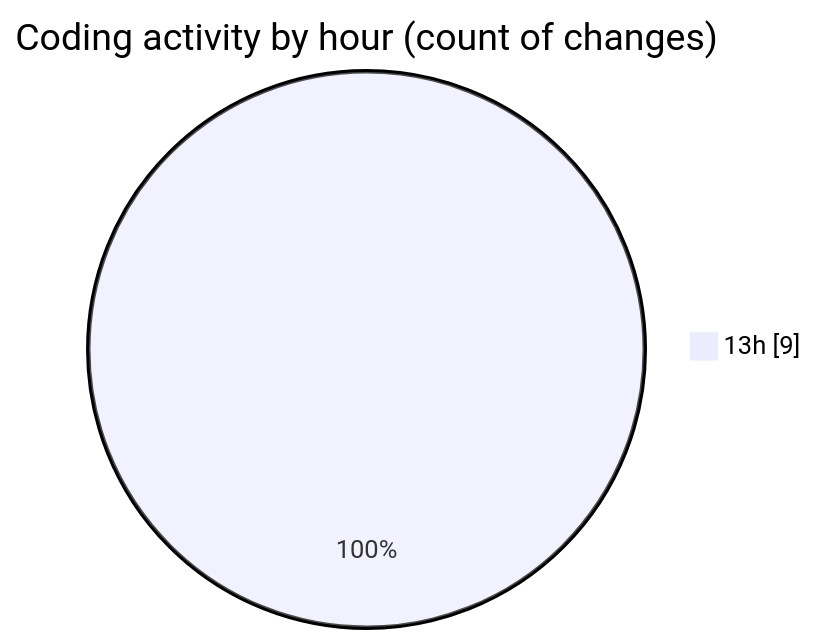
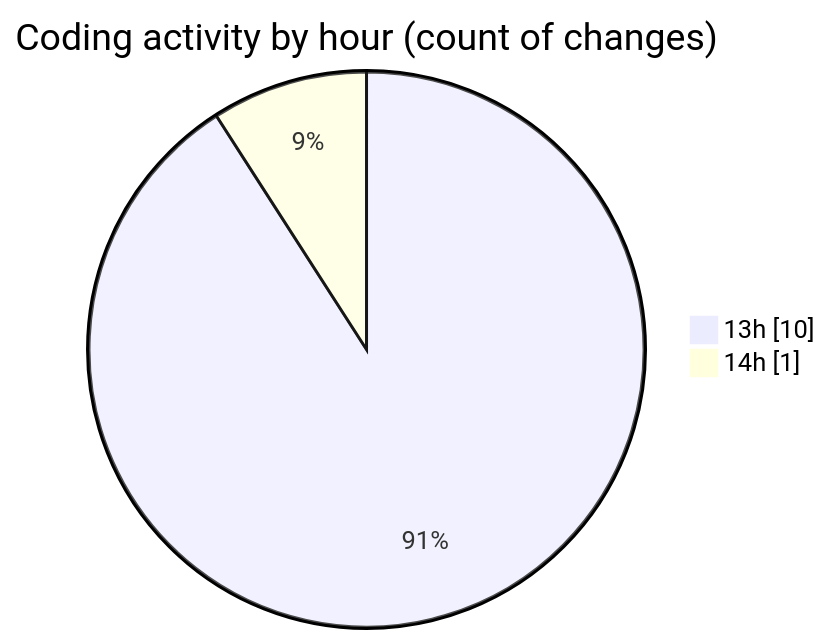
The second of 2 diagrams in 2025-10-24/usr_aleoudev_fr__workspace_/README.md (julien-gomy/code-tracking), drawn with Mermaid before and after one commit. The commit also changed other lines of this file and 1 other file, not shown here.

````diff
--- a/2025-10-24/usr_aleoudev_fr__workspace_/README.md
+++ b/2025-10-24/usr_aleoudev_fr__workspace_/README.md
@@ -29,5 +29,6 @@
 ```mermaid
 pie showData
 title Coding activity by hour (count of changes)
-"13h" : 9
+"13h" : 10
+"14h" : 1
 ```
````
